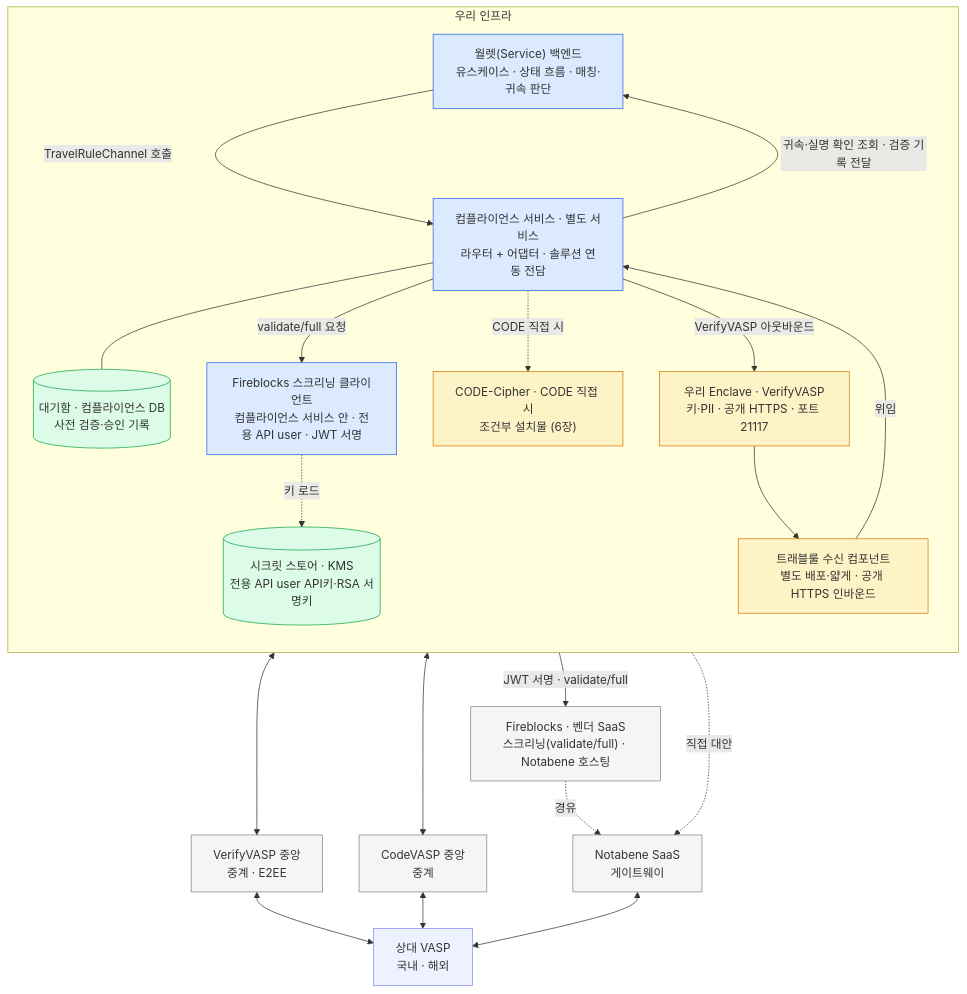
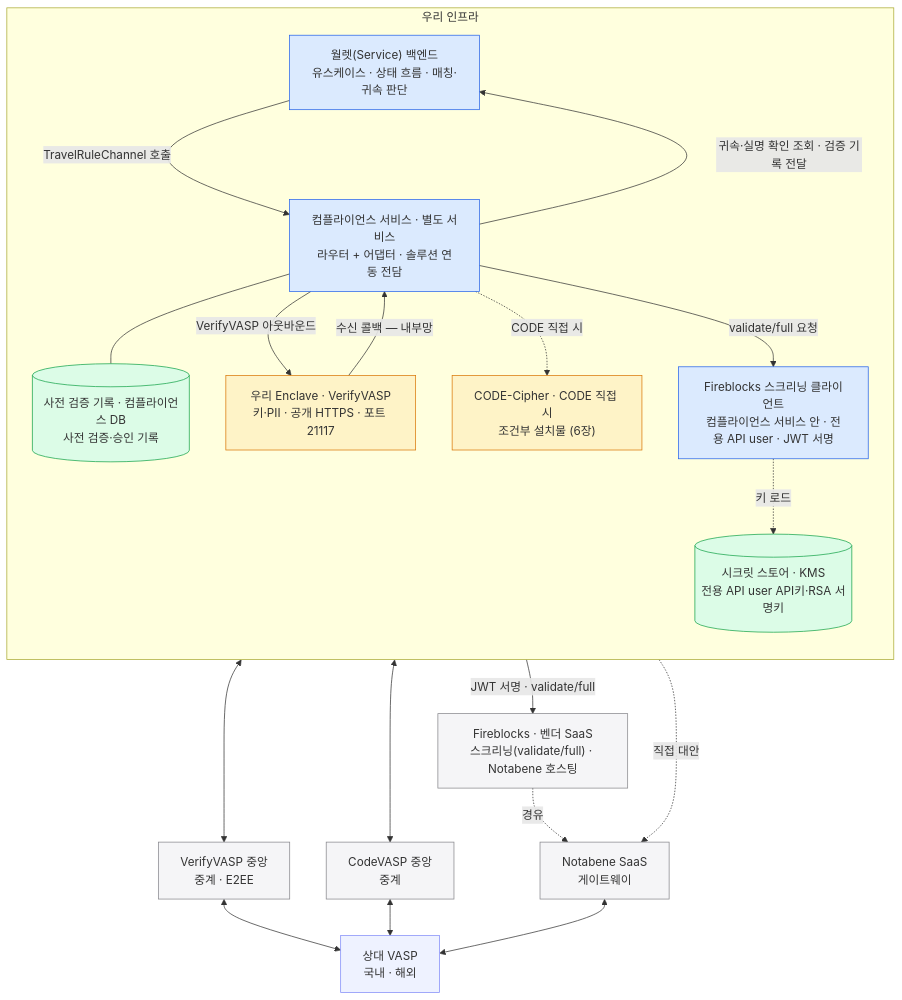
Before and after one commit to eunsujeo/eunpus: the diagram in blockchain-manager/docs/트래블룰/설계/12-physical-layout.md, drawn with Mermaid. The commit also changed other lines of this file and 23 other files, not shown here.

````diff
--- a/blockchain-manager/docs/트래블룰/설계/12-physical-layout.md
+++ b/blockchain-manager/docs/트래블룰/설계/12-physical-layout.md
@@ -9,50 +9,48 @@
 ```mermaid
 flowchart TB
   subgraph OURS["우리 인프라"]
     direction TB
     SVC["월렛(Service) 백엔드<br/>유스케이스 · 상태 흐름 · 매칭·귀속 판단"]
     GATE["컴플라이언스 서비스 · 별도 서비스<br/>라우터 + 어댑터 · 솔루션 연동 전담"]
-    WQ[("대기함 · 컴플라이언스 DB<br/>사전 검증·승인 기록")]
+    WQ[("사전 검증 기록 · 컴플라이언스 DB<br/>사전 검증·승인 기록")]
     FBCLI["Fireblocks 스크리닝 클라이언트<br/>컴플라이언스 서비스 안 · 전용 API user · JWT 서명"]
     SEC[("시크릿 스토어 · KMS<br/>전용 API user API키·RSA 서명키")]
-    RX["트래블룰 수신 컴포넌트<br/>별도 배포·얇게 · 공개 HTTPS 인바운드"]
     EN["우리 Enclave · VerifyVASP<br/>키·PII · 공개 HTTPS · 포트 21117"]
     CC["CODE-Cipher · CODE 직접 시<br/>조건부 설치물 (6장)"]
   end
 
   HUB["VerifyVASP 중앙<br/>중계 · E2EE"]
   CV["CodeVASP 중앙<br/>중계"]
   NB["Notabene SaaS<br/>게이트웨이"]
   FB["Fireblocks · 벤더 SaaS<br/>스크리닝(validate/full) · Notabene 호스팅"]
   RVP["상대 VASP<br/>국내 · 해외"]
 
   SVC -->|TravelRuleChannel 호출| GATE
   GATE -->|귀속·실명 확인 조회 · 검증 기록 전달| SVC
   GATE --- WQ
   GATE -->|VerifyVASP 아웃바운드| EN
   GATE -.->|CODE 직접 시| CC
   GATE -->|validate/full 요청| FBCLI
   FBCLI -->|JWT 서명 · validate/full| FB
   FBCLI -.->|키 로드| SEC
   GATE -.->|직접 대안| NB
-  EN --> RX
-  RX -->|위임| GATE
+  EN -->|수신 콜백 — 내부망| GATE
 
   EN <--> HUB
   CC <--> CV
   FB -.->|경유| NB
   HUB <--> RVP
   CV <--> RVP
   NB <--> RVP
 
   classDef ours fill:#dbeafe,stroke:#2563eb;
   classDef store fill:#dcfce7,stroke:#16a34a;
   classDef selfhost fill:#fef3c7,stroke:#d97706;
   classDef vendor fill:#f5f5f7,stroke:#86868b;
   classDef chain fill:#eef2ff,stroke:#818cf8;
   class SVC,GATE,FBCLI ours
   class WQ,SEC,AR store
-  class RX,EN,CC selfhost
+  class EN,CC selfhost
   class HUB,CV,NB,FB vendor
   class RVP chain
 ```
````
